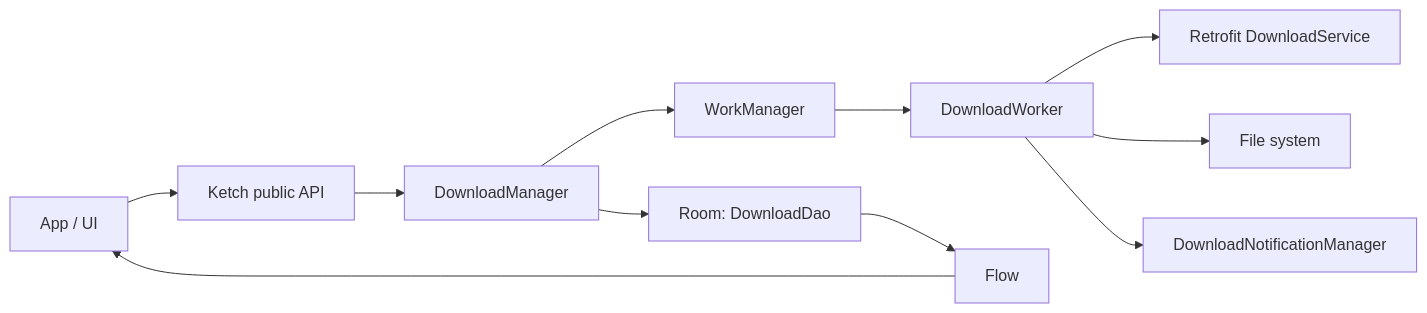
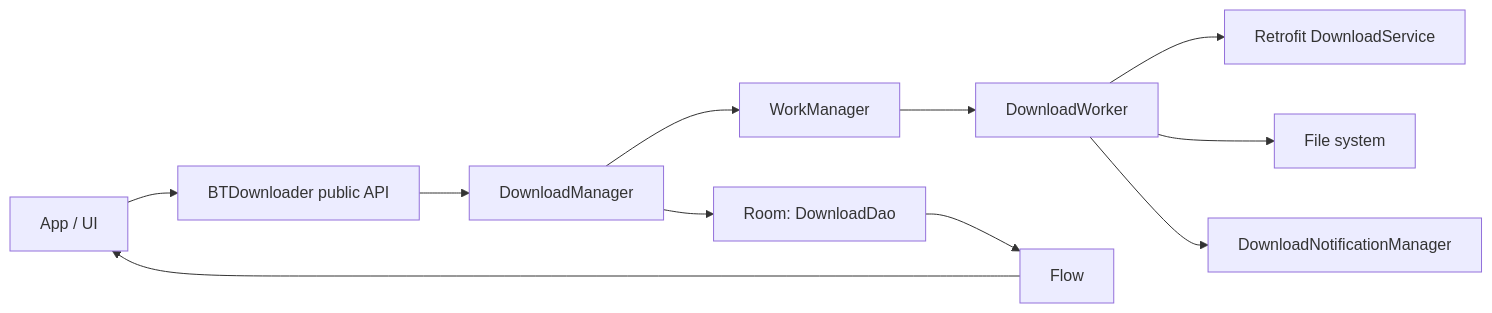
Before and after one commit to sherafatpour/BTDownloader: the diagram in docs/KETCH_LIBRARY_DOCUMENTATION.md, drawn with Mermaid. The commit also changed other lines of this file and 14 other files, not shown here.

````diff
--- a/docs/KETCH_LIBRARY_DOCUMENTATION.md
+++ b/docs/KETCH_LIBRARY_DOCUMENTATION.md
@@ -374,13 +374,13 @@
 ```mermaid
 flowchart LR
-    App["App / UI"] --> Ketch["Ketch public API"]
-    Ketch --> Manager["DownloadManager"]
+    App["App / UI"] --> BTDownloader["BTDownloader public API"]
+    BTDownloader --> Manager["DownloadManager"]
     Manager --> Room["Room: DownloadDao"]
     Manager --> WorkManager["WorkManager"]
     WorkManager --> Worker["DownloadWorker"]
     Worker --> Retrofit["Retrofit DownloadService"]
     Worker --> FileSystem["File system"]
     Worker --> Notifications["DownloadNotificationManager"]
     Room --> Flows["Flow<DownloadModel>"]
     Flows --> App
 ```
````
